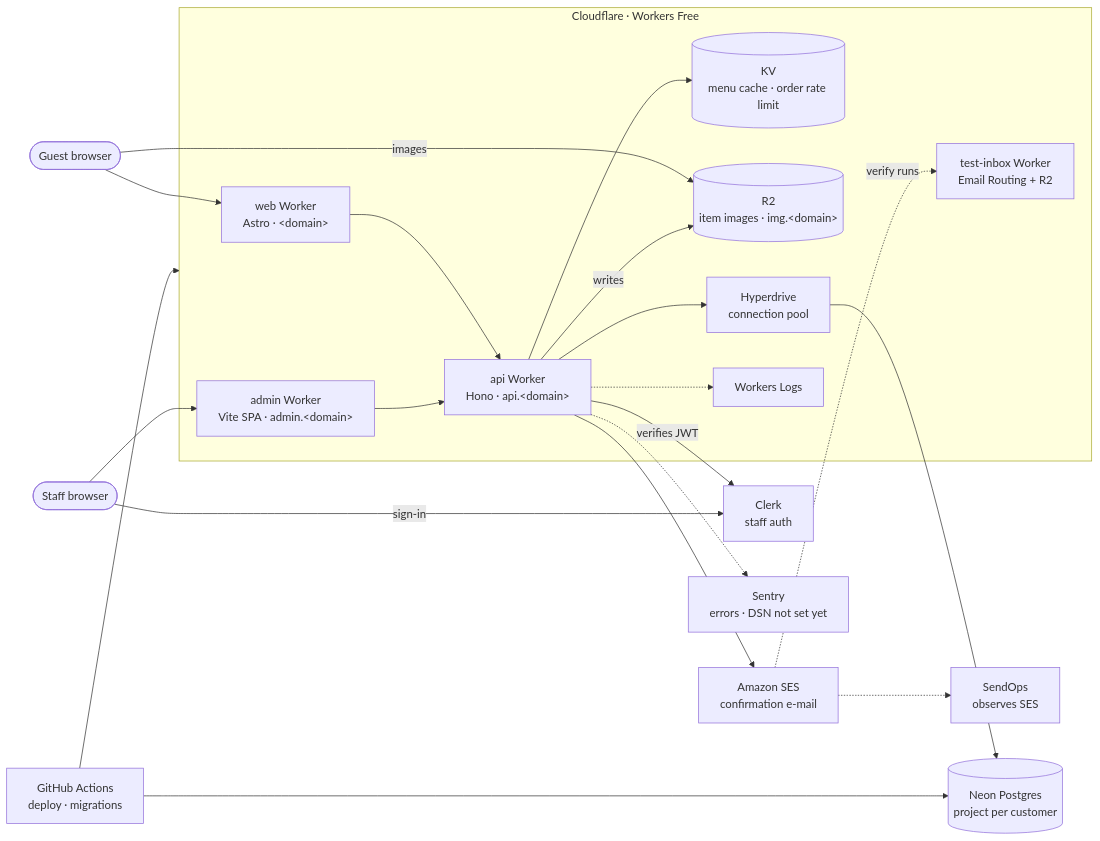
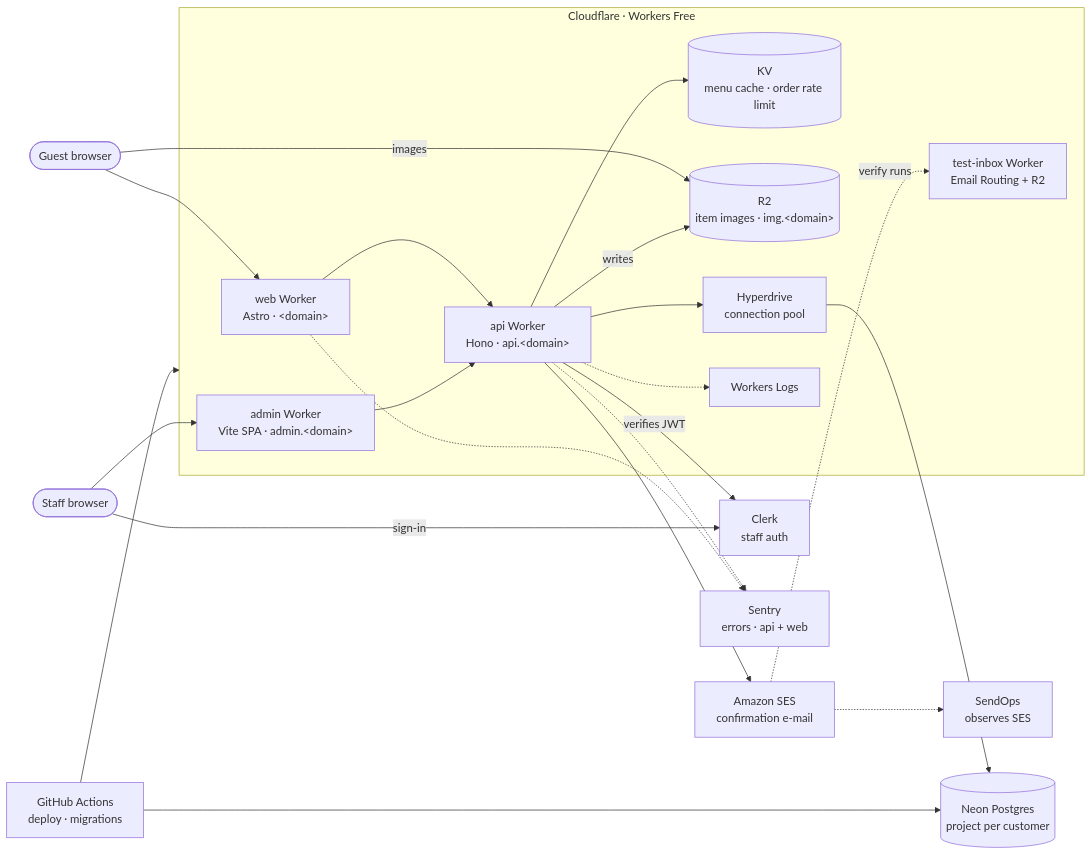
Before and after one commit to landorid/piccoloetterem.hu: the diagram in README.md, drawn with Mermaid. The commit also changed other lines of this file, not shown here.

Commit message:
DOCS: note Sentry reporting from the public site in the README

````diff
--- a/README.md
+++ b/README.md
@@ -11,41 +11,42 @@
 ```mermaid
 flowchart LR
   guest([Guest browser])
   staff([Staff browser])
 
   subgraph cf [Cloudflare · Workers Free]
     web[web Worker<br/>Astro · #lt;domain#gt;]
     admin[admin Worker<br/>Vite SPA · admin.#lt;domain#gt;]
     api[api Worker<br/>Hono · api.#lt;domain#gt;]
     kv[(KV<br/>menu cache · order rate limit)]
     r2[(R2<br/>item images · img.#lt;domain#gt;)]
     hd[Hyperdrive<br/>connection pool]
     logs[Workers Logs]
     inbox[test-inbox Worker<br/>Email Routing + R2]
   end
 
   clerk[Clerk<br/>staff auth]
   ses[Amazon SES<br/>confirmation e-mail]
   sendops[SendOps<br/>observes SES]
-  sentry[Sentry<br/>errors · DSN not set yet]
+  sentry[Sentry<br/>errors · api + web]
   neon[(Neon Postgres<br/>project per customer)]
   gha[GitHub Actions<br/>deploy · migrations]
 
   guest --> web
   guest -- images --> r2
   staff --> admin
   staff -- sign-in --> clerk
   web --> api
   admin --> api
   api --> kv
   api -- writes --> r2
   api --> hd --> neon
   api -- verifies JWT --> clerk
   api --> ses
   ses -.-> sendops
   api -.-> sentry
+  web -.-> sentry
   api -.-> logs
   ses -. verify runs .-> inbox
   gha --> cf
   gha --> neon
 ```
````
